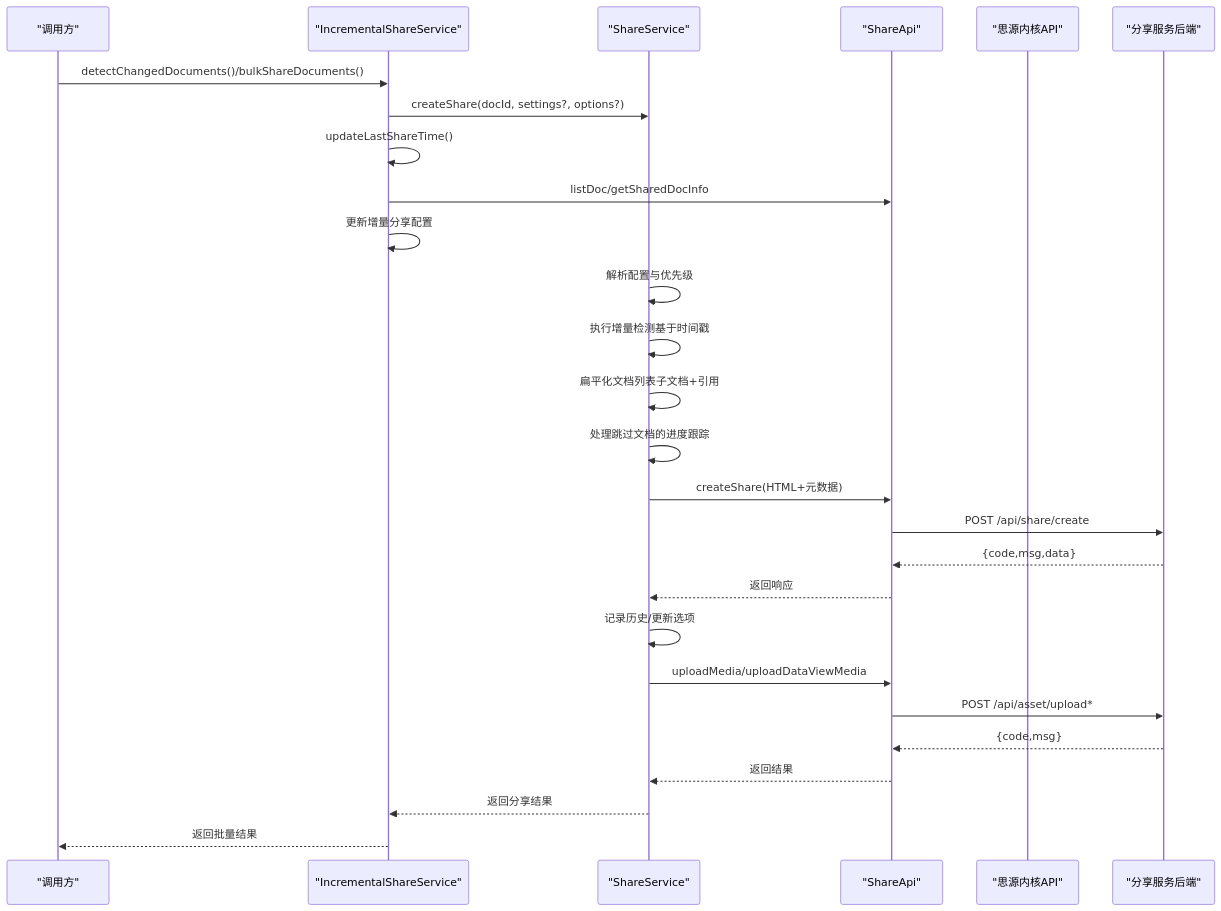
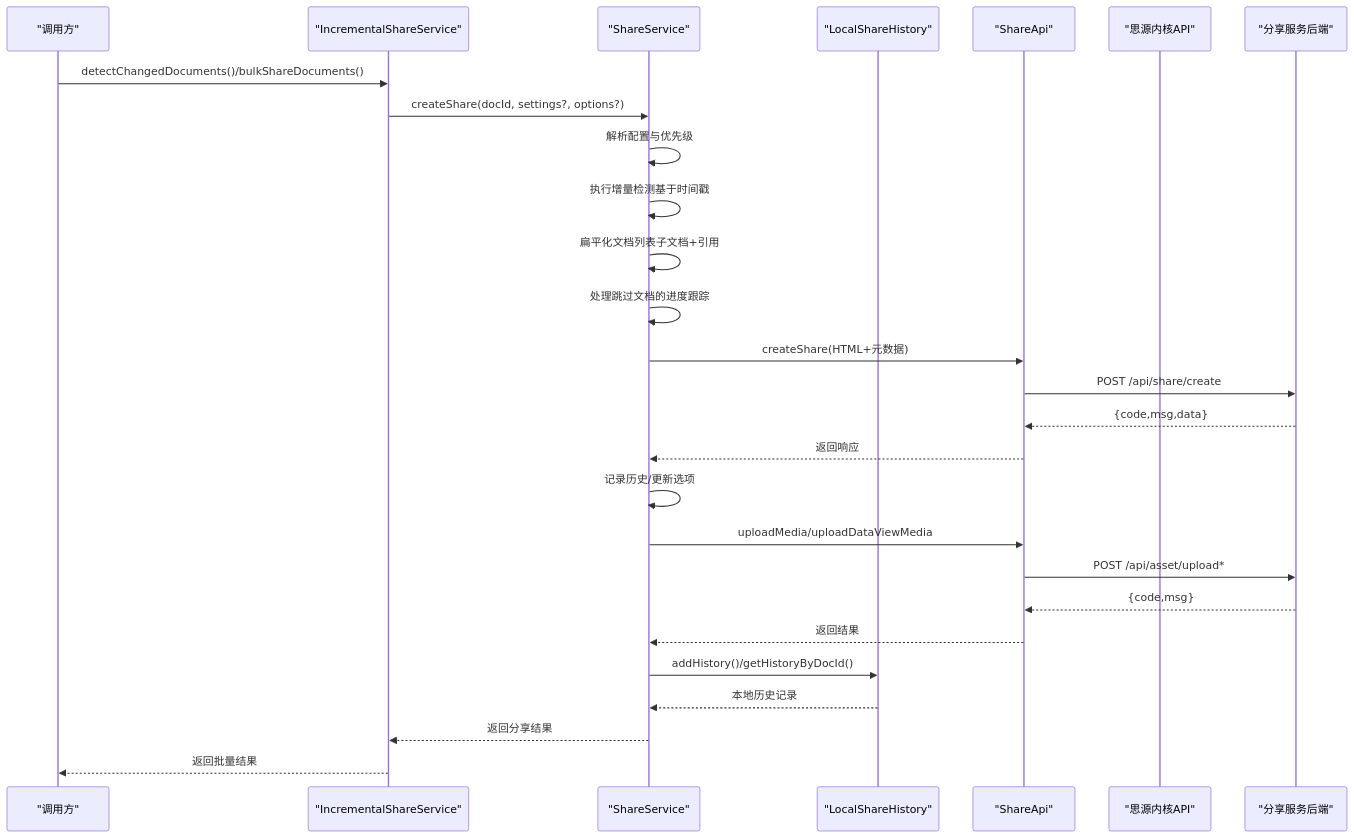
One commit to terwerinc/siyuan-plugin-share-pro changed the second of 3 diagrams in .qoder/repowiki/zh/content/架构设计/服务层架构/分享服务 (ShareService).md. Above: the diagram before and after it, drawn with Mermaid. The commit also changed other lines of this file and 8 other files, not shown here.

````diff
--- a/.qoder/repowiki/zh/content/架构设计/服务层架构/分享服务 (ShareService).md
+++ b/.qoder/repowiki/zh/content/架构设计/服务层架构/分享服务 (ShareService).md
@@ -153,29 +161,29 @@
 ```mermaid
 sequenceDiagram
 participant Caller as "调用方"
 participant ISS as "IncrementalShareService"
 participant SS as "ShareService"
+participant LSH as "LocalShareHistory"
 participant SA as "ShareApi"
 participant Kernel as "思源内核API"
 participant Svc as "分享服务后端"
 Caller->>ISS : detectChangedDocuments()/bulkShareDocuments()
 ISS->>SS : createShare(docId, settings?, options?)
-ISS->>ISS : updateLastShareTime()
-ISS->>SA : listDoc/getSharedDocInfo
-ISS->>ISS : 更新增量分享配置
 SS->>SS : 解析配置与优先级
 SS->>SS : 执行增量检测基于时间戳
 SS->>SS : 扁平化文档列表子文档+引用
 SS->>SS : 处理跳过文档的进度跟踪
 SS->>SA : createShare(HTML+元数据)
 SA->>Svc : POST /api/share/create
 Svc-->>SA : {code,msg,data}
 SA-->>SS : 返回响应
 SS->>SS : 记录历史/更新选项
 SS->>SA : uploadMedia/uploadDataViewMedia
 SA->>Svc : POST /api/asset/upload*
 Svc-->>SA : {code,msg}
 SA-->>SS : 返回结果
+SS->>LSH : addHistory()/getHistoryByDocId()
+LSH-->>SS : 本地历史记录
 SS-->>ISS : 返回分享结果
 ISS-->>Caller : 返回批量结果
 ```
````
